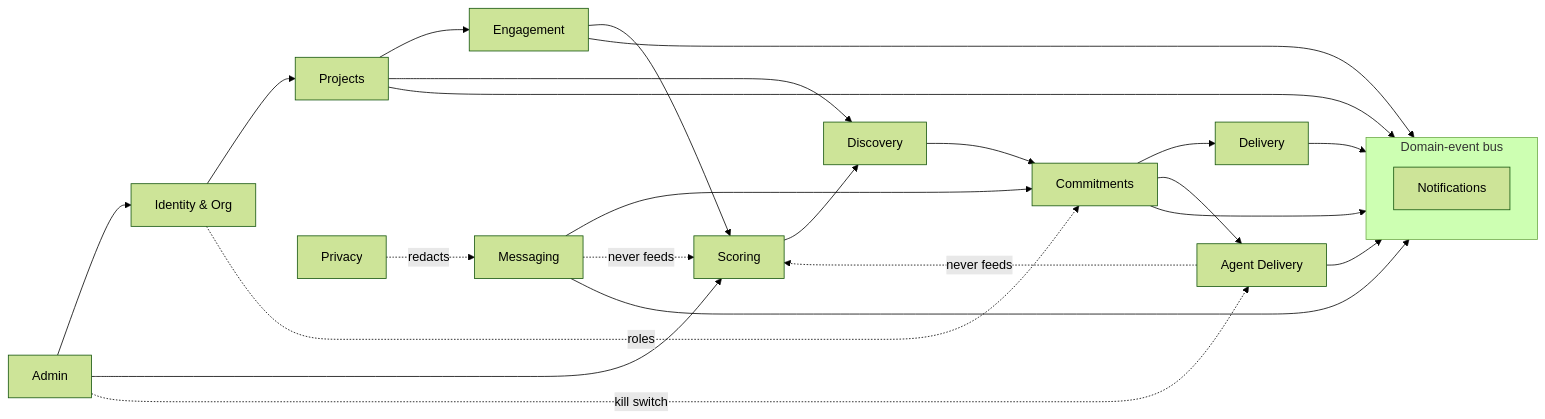
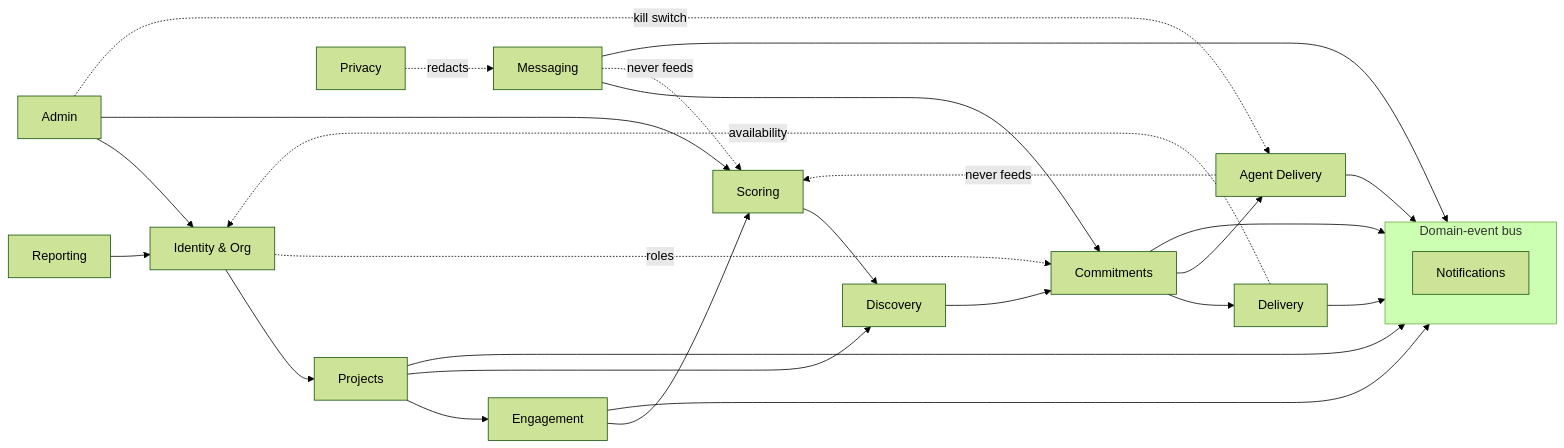
The second of 4 diagrams in ARCHITECTURE.md (nsabiyera/hodorhub), drawn with Mermaid (forest theme) before and after one commit. The commit also changed other lines of this file and 42 other files, not shown here.

````diff
--- a/ARCHITECTURE.md
+++ b/ARCHITECTURE.md
@@ -88,28 +88,30 @@
 ```mermaid
 graph LR
     Identity[Identity & Org] --> Projects
     Projects --> Engagement
     Engagement --> Scoring
     Scoring --> Discovery
     Projects --> Discovery
     Discovery --> Commitments
     Commitments --> Delivery
     Commitments --> AgentDelivery[Agent Delivery]
     Identity -.roles.-> Commitments
     Admin --> Identity
     Admin --> Scoring
     Admin -.kill switch.-> AgentDelivery
     subgraph events[Domain-event bus]
       Notifications
     end
     Engagement --> events
     Commitments --> events
     Delivery --> events
     Projects --> events
     AgentDelivery --> events
+    Delivery -.availability.-> Identity
+    Reporting --> Identity
     Messaging --> Commitments
     Privacy -.redacts.-> Messaging
     Messaging --> events
     AgentDelivery -.->|never feeds| Scoring
     Messaging -.->|never feeds| Scoring
 ```
````
